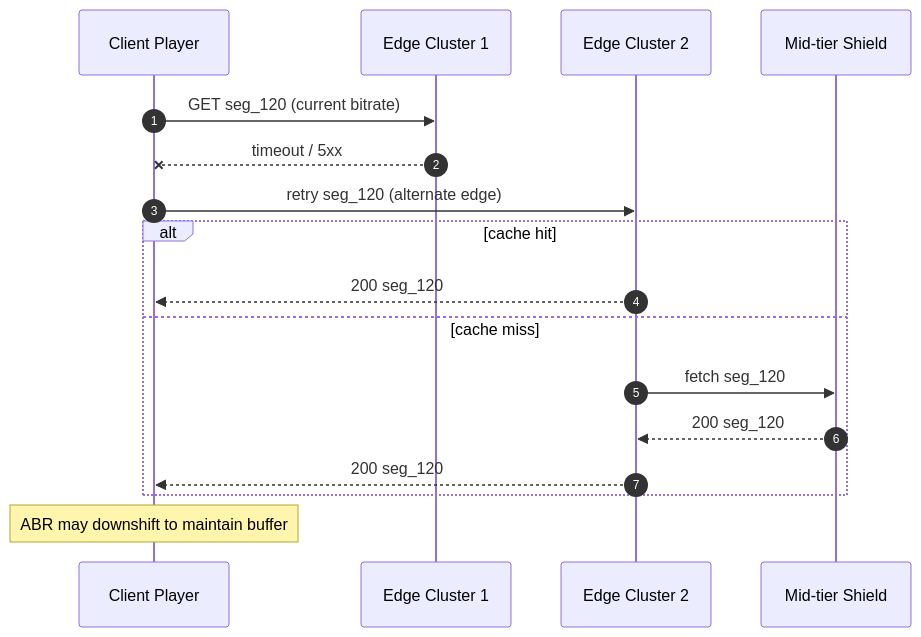
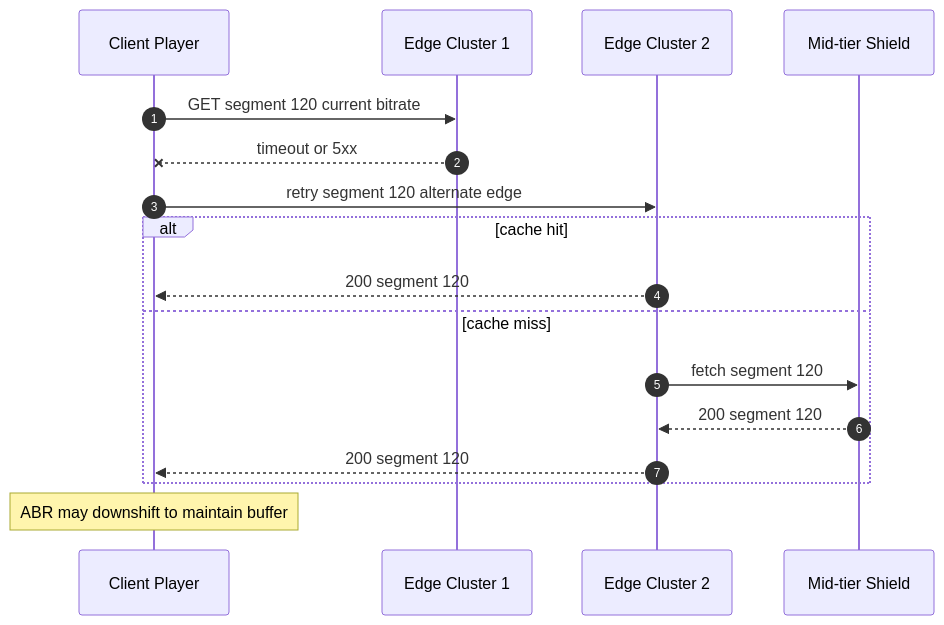
The fourth of 4 diagrams in SystemDesign/day-005-netflix/diagram.md (fragenabhishek/eventually-consistent-engineer), drawn with Mermaid before and after one commit. The commit also changed other lines of this file, not shown here.

````diff
--- a/SystemDesign/day-005-netflix/diagram.md
+++ b/SystemDesign/day-005-netflix/diagram.md
@@ -163,22 +162,22 @@
 ```mermaid
 sequenceDiagram
   autonumber
   participant C as Client Player
   participant CDN1 as Edge Cluster 1
   participant CDN2 as Edge Cluster 2
   participant MID as Mid-tier Shield
 
-  C->>CDN1: GET seg_120 (current bitrate)
-  CDN1--x C: timeout / 5xx
+  C->>CDN1: GET segment 120 current bitrate
+  CDN1--x C: timeout or 5xx
 
-  C->>CDN2: retry seg_120 (alternate edge)
+  C->>CDN2: retry segment 120 alternate edge
   alt cache hit
-    CDN2-->>C: 200 seg_120
+    CDN2-->>C: 200 segment 120
   else cache miss
-    CDN2->>MID: fetch seg_120
-    MID-->>CDN2: 200 seg_120
-    CDN2-->>C: 200 seg_120
+    CDN2->>MID: fetch segment 120
+    MID-->>CDN2: 200 segment 120
+    CDN2-->>C: 200 segment 120
   end
 
   Note over C: ABR may downshift to maintain buffer
 ```
````
